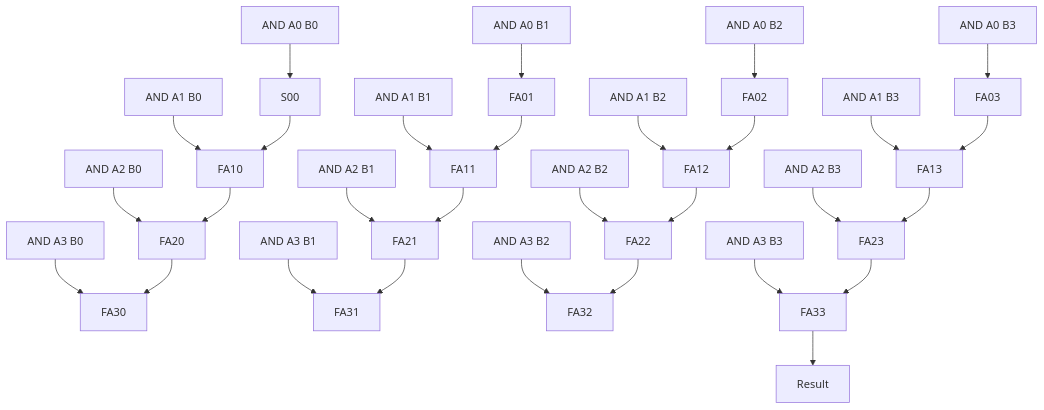
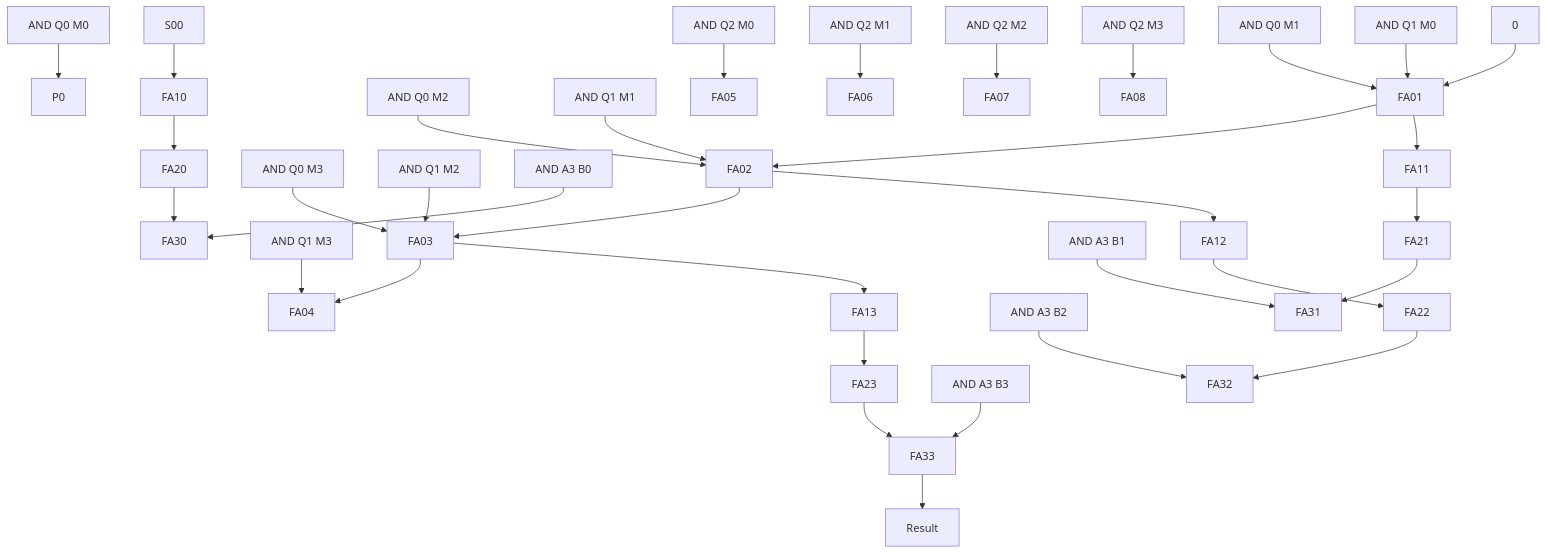
Before and after one commit to GnahsLliw/tt09-A-1-array-multiplier: the diagram in docs/info.md, drawn with Mermaid.

````diff
--- a/docs/info.md
+++ b/docs/info.md
@@ -13,45 +13,46 @@
 ```mermaid
 graph TD
   %% Layer 1: Partial Product Generation using AND Gates
-  A0B0[AND A0 B0] --> S00
-  A0B1[AND A0 B1] --> FA01
-  A0B2[AND A0 B2] --> FA02
-  A0B3[AND A0 B3] --> FA03
+  Q0M0[AND Q0 M0] --> P0
+  Q0M1[AND Q0 M1] --> FA01
+  Q0M2[AND Q0 M2] --> FA02
+  Q0M3[AND Q0 M3] --> FA03
 
-  A1B0[AND A1 B0] --> FA10
-  A1B1[AND A1 B1] --> FA11
-  A1B2[AND A1 B2] --> FA12
-  A1B3[AND A1 B3] --> FA13
+  Q1M0[AND Q1 M0] --> FA01
+  Q1M1[AND Q1 M1] --> FA02
+  Q1M2[AND Q1 M2] --> FA03
+  Q1M3[AND Q1 M3] --> FA04
+  0 --> FA01 --> FA02 --> FA03 --> FA04
 
-  A2B0[AND A2 B0] --> FA20
-  A2B1[AND A2 B1] --> FA21
-  A2B2[AND A2 B2] --> FA22
-  A2B3[AND A2 B3] --> FA23
+  Q2M0[AND Q2 M0] --> FA05
+  Q2M1[AND Q2 M1] --> FA06
+  Q2M2[AND Q2 M2] --> FA07
+  Q2M3[AND Q2 M3] --> FA08 
 
   A3B0[AND A3 B0] --> FA30
   A3B1[AND A3 B1] --> FA31
   A3B2[AND A3 B2] --> FA32
   A3B3[AND A3 B3] --> FA33
 
   %% Layer 2: First Row of Additions
   S00 --> FA10
   FA01 --> FA11
   FA02 --> FA12
   FA03 --> FA13
 
   %% Layer 3: Second Row of Additions
   FA10 --> FA20
   FA11 --> FA21
   FA12 --> FA22
   FA13 --> FA23
 
   %% Layer 4: Third Row of Additions
   FA20 --> FA30
   FA21 --> FA31
   FA22 --> FA32
   FA23 --> FA33
 
   %% Output Connections
   FA33 --> Result
 
 ```
````
